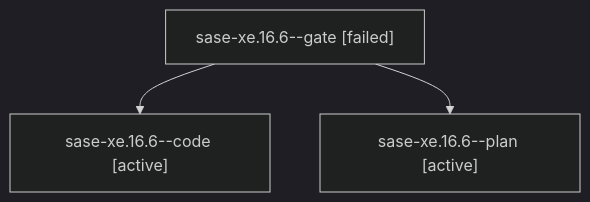
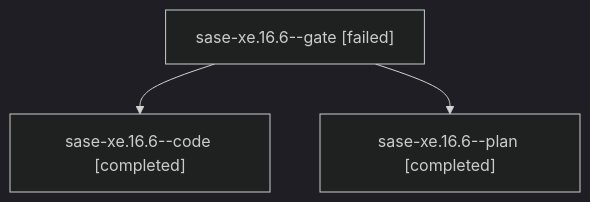
The diagram in families/bbugyi200.athena.sase-xe.16.6.md (sase-org/sase--agents), drawn with Mermaid (dark theme) before and after one commit. The commit also changed other lines of this file and 151 other files, not shown here.

````diff
--- a/families/bbugyi200.athena.sase-xe.16.6.md
+++ b/families/bbugyi200.athena.sase-xe.16.6.md
@@ -9,8 +9,8 @@
 ```mermaid
 flowchart TD
   n0["sase-xe.16.6--gate [failed]"]
-  n1["sase-xe.16.6--code [active]"]
+  n1["sase-xe.16.6--code [completed]"]
   n0 --> n1
-  n2["sase-xe.16.6--plan [active]"]
+  n2["sase-xe.16.6--plan [completed]"]
   n0 --> n2
 ```
````
